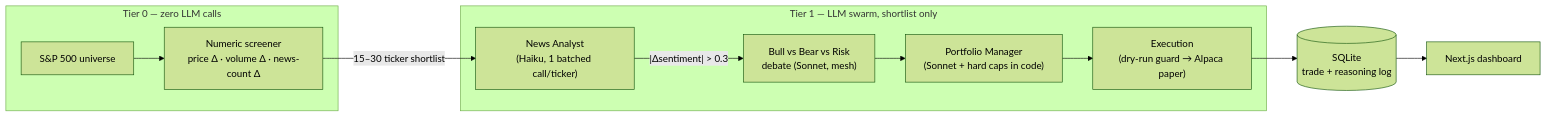
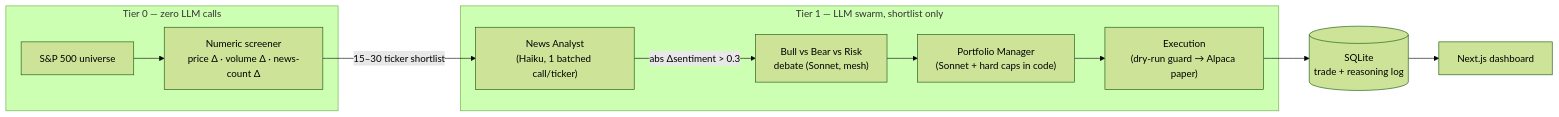
The diagram in README.md (chaturvediaksh1304-sudo/news-to-trade-agent), drawn with Mermaid (forest theme) before and after one commit.

Commit message:
Harden mermaid diagram syntax for GitHub rendering

````diff
--- a/README.md
+++ b/README.md
@@ -24,14 +24,14 @@
 ```mermaid
 flowchart LR
     subgraph T0["Tier 0 — zero LLM calls"]
-        U[S&P 500 universe] --> S["Numeric screener\nprice Δ · volume Δ · news-count Δ"]
+        U["S&amp;P 500 universe"] --> S["Numeric screener<br/>price Δ · volume Δ · news-count Δ"]
     end
-    S -->|"15–30 ticker shortlist"| NA
+    S -- "15–30 ticker shortlist" --> NA
     subgraph T1["Tier 1 — LLM swarm, shortlist only"]
-        NA["News Analyst\n(Haiku, 1 batched call/ticker)"] -->|"|Δsentiment| > 0.3"| D
-        D["Bull vs Bear vs Risk\ndebate (Sonnet, mesh)"] --> PM["Portfolio Manager\n(Sonnet + hard caps in code)"]
-        PM --> EX["Execution\n(dry-run guard → Alpaca paper)"]
+        NA["News Analyst<br/>(Haiku, 1 batched call/ticker)"] -- "abs Δsentiment > 0.3" --> D
+        D["Bull vs Bear vs Risk<br/>debate (Sonnet, mesh)"] --> PM["Portfolio Manager<br/>(Sonnet + hard caps in code)"]
+        PM --> EX["Execution<br/>(dry-run guard → Alpaca paper)"]
     end
-    EX --> LOG[("SQLite\ntrade + reasoning log")]
+    EX --> LOG[("SQLite<br/>trade + reasoning log")]
     LOG --> DASH["Next.js dashboard"]
 ```
````
